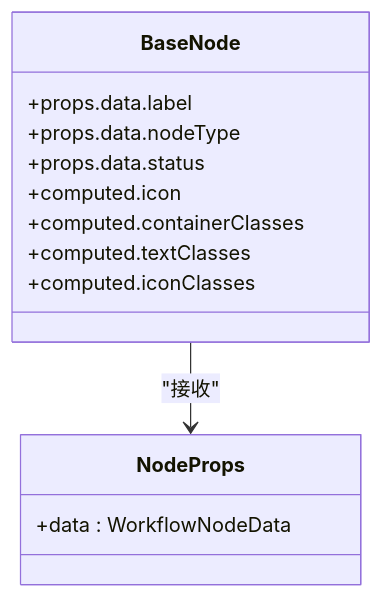
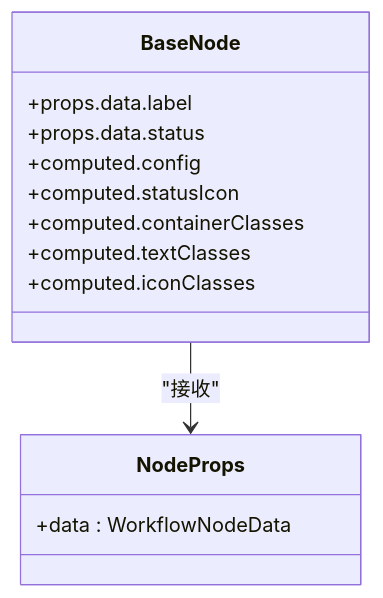
The fourth of 8 diagrams in .qoder/repowiki/zh/content/系统架构/前端架构/Vue 组件架构.md (sundew26/agent-week3), drawn with Mermaid before and after one commit. The commit also changed other lines of this file and 42 other files, not shown here.

````diff
--- a/.qoder/repowiki/zh/content/系统架构/前端架构/Vue 组件架构.md
+++ b/.qoder/repowiki/zh/content/系统架构/前端架构/Vue 组件架构.md
@@ -175,16 +189,16 @@
 ```mermaid
 classDiagram
 class BaseNode {
 +props.data.label
-+props.data.nodeType
 +props.data.status
-+computed.icon
++computed.config
++computed.statusIcon
 +computed.containerClasses
 +computed.textClasses
 +computed.iconClasses
 }
 class NodeProps {
 +data : WorkflowNodeData
 }
 BaseNode --> NodeProps : "接收"
 ```
````
